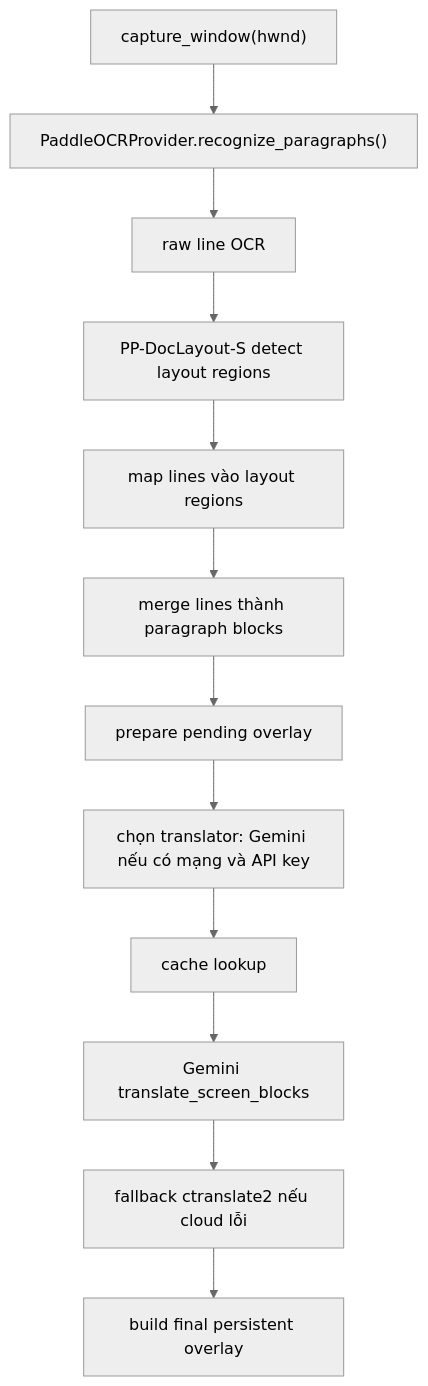
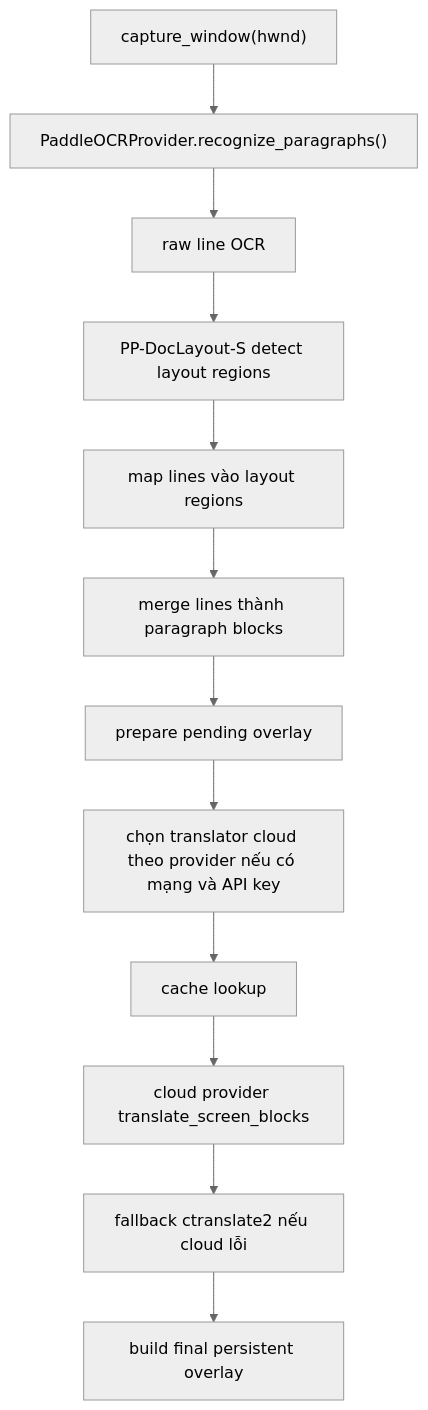
Before and after one commit to phucnd0604/Auto-trans: the diagram in docs/deepmode-flow.md, drawn with Mermaid (neutral theme). The commit also changed other lines of this file and 17 other files, not shown here.

````diff
--- a/docs/deepmode-flow.md
+++ b/docs/deepmode-flow.md
@@ -27,14 +27,14 @@
 ```mermaid
 flowchart TD
     A["capture_window(hwnd)"] --> B["PaddleOCRProvider.recognize_paragraphs()"]
     B --> C["raw line OCR"]
     C --> D["PP-DocLayout-S detect layout regions"]
     D --> E["map lines vào layout regions"]
     E --> F["merge lines thành paragraph blocks"]
     F --> G["prepare pending overlay"]
-    G --> H["chọn translator: Gemini nếu có mạng và API key"]
+    G --> H["chọn translator cloud theo provider nếu có mạng và API key"]
     H --> I["cache lookup"]
-    I --> J["Gemini translate_screen_blocks"]
+    I --> J["cloud provider translate_screen_blocks"]
     J --> K["fallback ctranslate2 nếu cloud lỗi"]
     K --> L["build final persistent overlay"]
 ```
````
